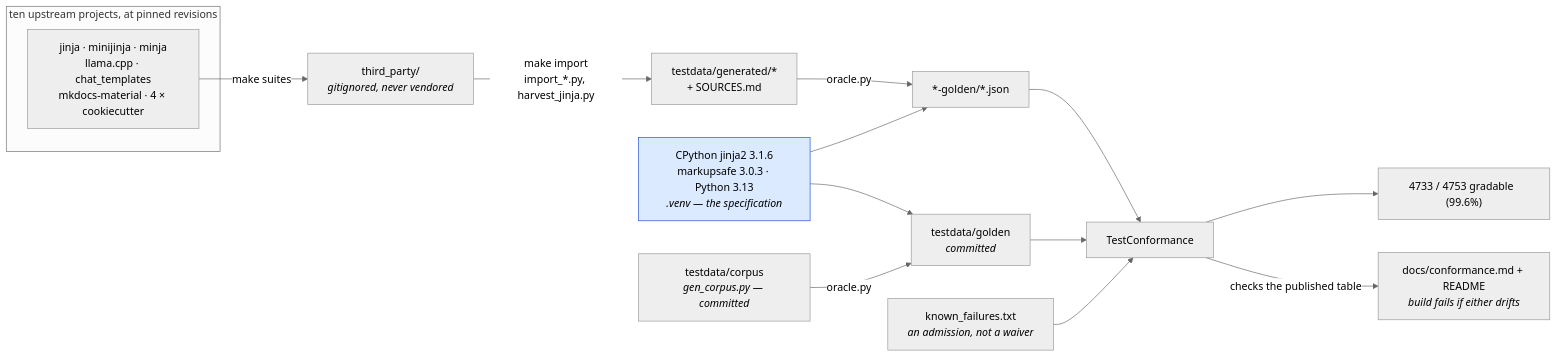
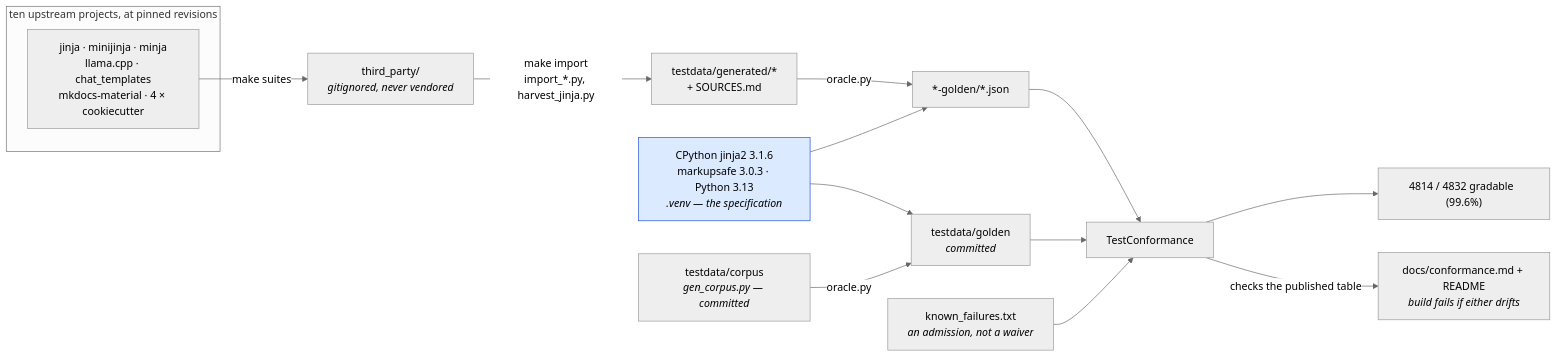
One commit to mgilbir/gojja2 changed the first of 2 diagrams in docs/conformance.md. Above: the diagram before and after it, drawn with Mermaid (neutral theme). The commit also changed other lines of this file and 266 other files, not shown here.

````diff
--- a/docs/conformance.md
+++ b/docs/conformance.md
@@ -17,24 +17,24 @@
 ```mermaid
 flowchart LR
     subgraph up["ten upstream projects, at pinned revisions"]
         U1["jinja · minijinja · minja<br/>llama.cpp · chat_templates<br/>mkdocs-material · 4 × cookiecutter"]
     end
     U1 -->|"make suites"| TP["third_party/<br/><i>gitignored, never vendored</i>"]
     TP -->|"make import<br/>import_*.py, harvest_jinja.py"| GEN["testdata/generated/*<br/>+ SOURCES.md"]
 
     ORA["CPython jinja2 3.1.6<br/>markupsafe 3.0.3 · Python 3.13<br/><i>.venv — the specification</i>"]
     GEN -->|"oracle.py"| G2["*-golden/*.json"]
     ORA --> G2
 
     OWN["testdata/corpus<br/><i>gen_corpus.py — committed</i>"] -->|"oracle.py"| G1["testdata/golden<br/><i>committed</i>"]
     ORA --> G1
 
     G1 --> TC["TestConformance"]
     G2 --> TC
     KF["known_failures.txt<br/><i>an admission, not a waiver</i>"] --> TC
-    TC --> RATE["4733 / 4753 gradable  (99.6%)"]
+    TC --> RATE["4814 / 4832 gradable  (99.6%)"]
     TC -->|"checks the published table"| RM["docs/conformance.md + README<br/><i>build fails if either drifts</i>"]
 
     classDef spec fill:#dbeafe,stroke:#1d4ed8,color:#000
     class ORA spec
 ```
````
